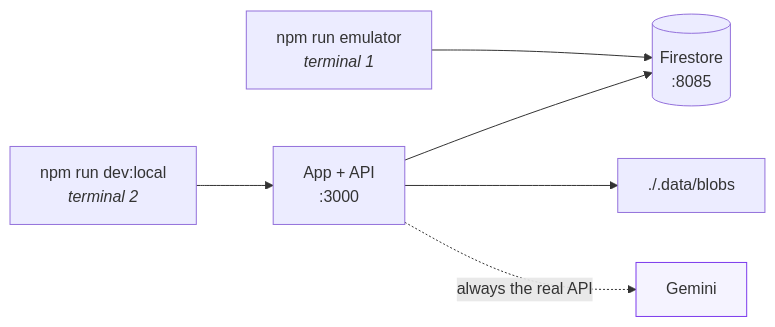
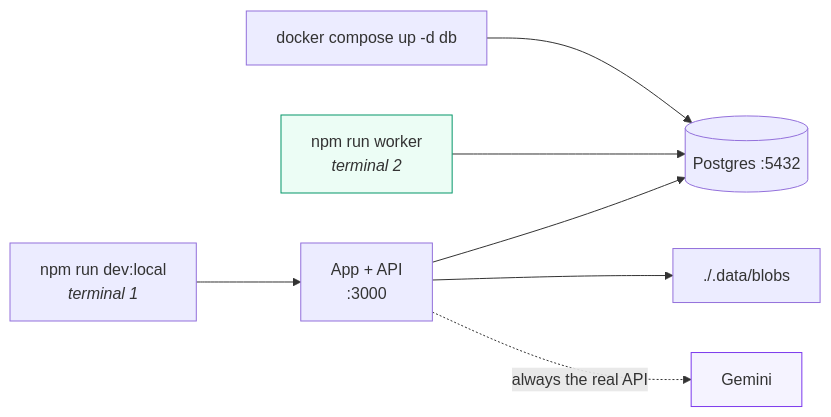
One commit to BuildGeekAI/scholar-mind changed the fifth of 5 diagrams in README.md. Above: the diagram before and after it, drawn with Mermaid. The commit also changed other lines of this file and 6 other files, not shown here.

````diff
--- a/README.md
+++ b/README.md
@@ -166,10 +182,12 @@
 ```mermaid
 flowchart LR
-    A["npm run emulator<br/><i>terminal 1</i>"] --> B[("Firestore<br/>:8085")]
-    C["npm run dev:local<br/><i>terminal 2</i>"] --> D["App + API<br/>:3000"]
+    A["docker compose up -d db"] --> B[("Postgres :5432")]
+    C["npm run dev:local<br/><i>terminal 1</i>"] --> D["App + API<br/>:3000"]
+    E["npm run worker<br/><i>terminal 2</i>"] --> B
     D --> B
-    D --> E["./.data/blobs"]
-    D -.->|"always the real API"| F["Gemini"]
+    D --> F["./.data/blobs"]
+    D -.->|"always the real API"| G["Gemini"]
 
-    style F fill:#f5f3ff,stroke:#7c3aed
+    style G fill:#f5f3ff,stroke:#7c3aed
+    style E fill:#ecfdf5,stroke:#059669
 ```
````
